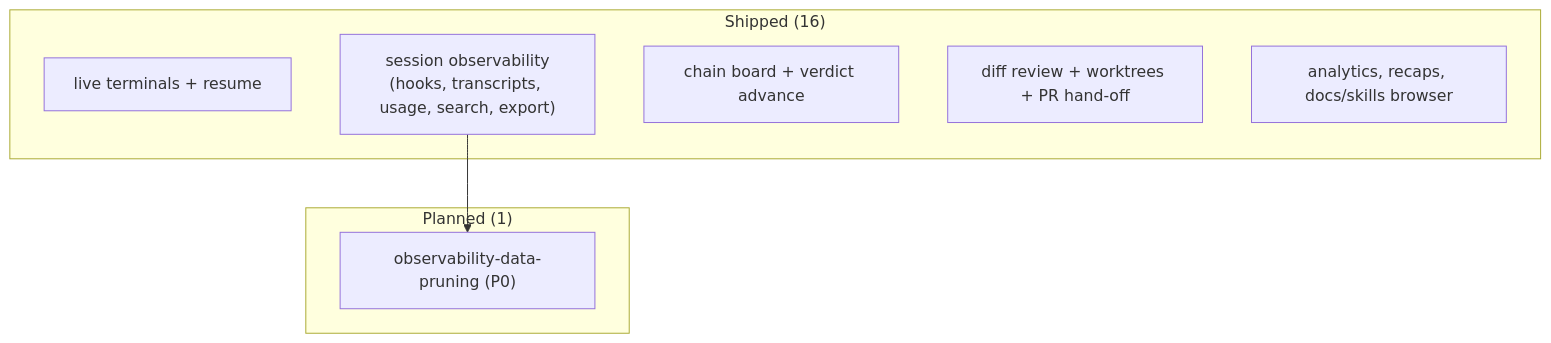
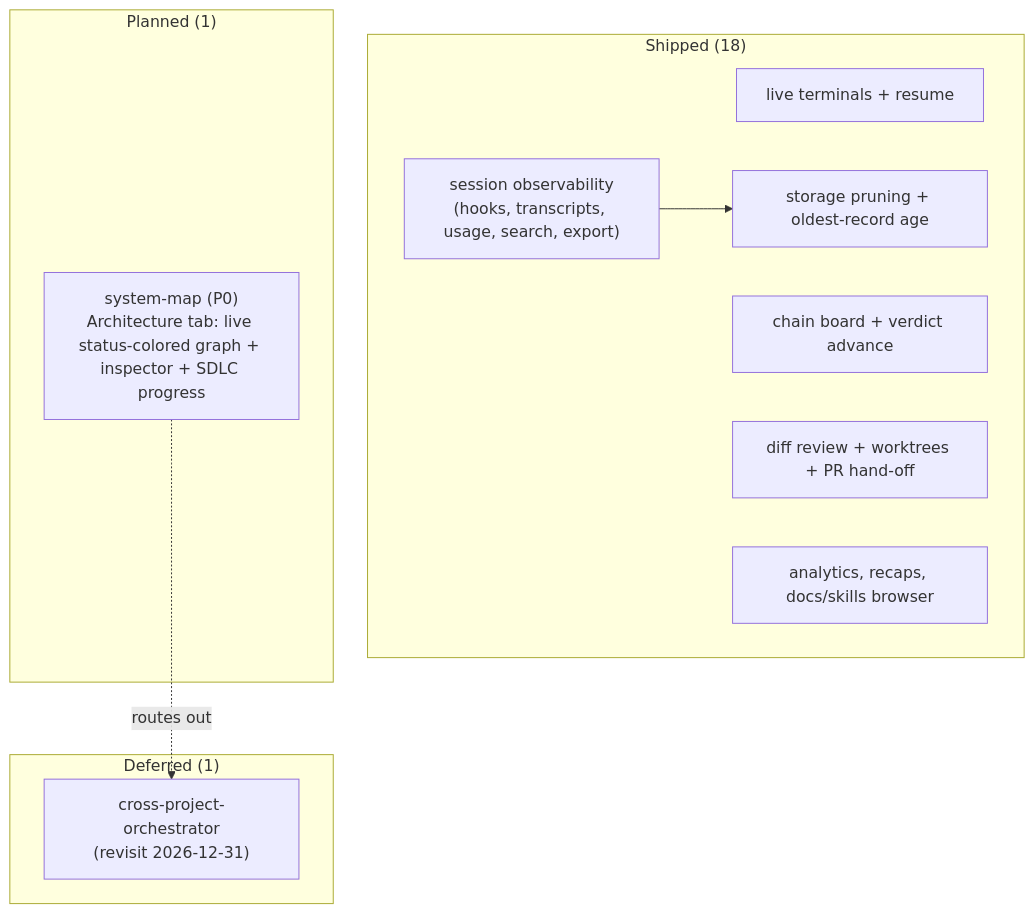
Before and after one commit to angel900919/sdlc-skills-ui: the diagram in .human/summaries/features.md, drawn with Mermaid. The commit also changed other lines of this file and 11 other files, not shown here.

First line of the commit message:
docs(system-map): spec chain through published issues (design→plan→issues)

````diff
--- a/.human/summaries/features.md
+++ b/.human/summaries/features.md
@@ -10,14 +15,19 @@
 ```mermaid
 flowchart TB
-  subgraph shipped["Shipped (16)"]
+  subgraph shipped["Shipped (18)"]
     term["live terminals + resume"]
     obs["session observability\n(hooks, transcripts, usage, search, export)"]
     board["chain board + verdict advance"]
     review["diff review + worktrees + PR hand-off"]
     extras["analytics, recaps, docs/skills browser"]
+    storage["storage pruning + oldest-record age"]
   end
   subgraph planned["Planned (1)"]
-    prune["observability-data-pruning (P0)"]
+    sysmap["system-map (P0)\nArchitecture tab: live status-colored graph + inspector + SDLC progress"]
   end
-  obs --> prune
+  subgraph deferred["Deferred (1)"]
+    orch["cross-project-orchestrator\n(revisit 2026-12-31)"]
+  end
+  obs --> storage
+  sysmap -. routes out .-> orch
 ```
````
